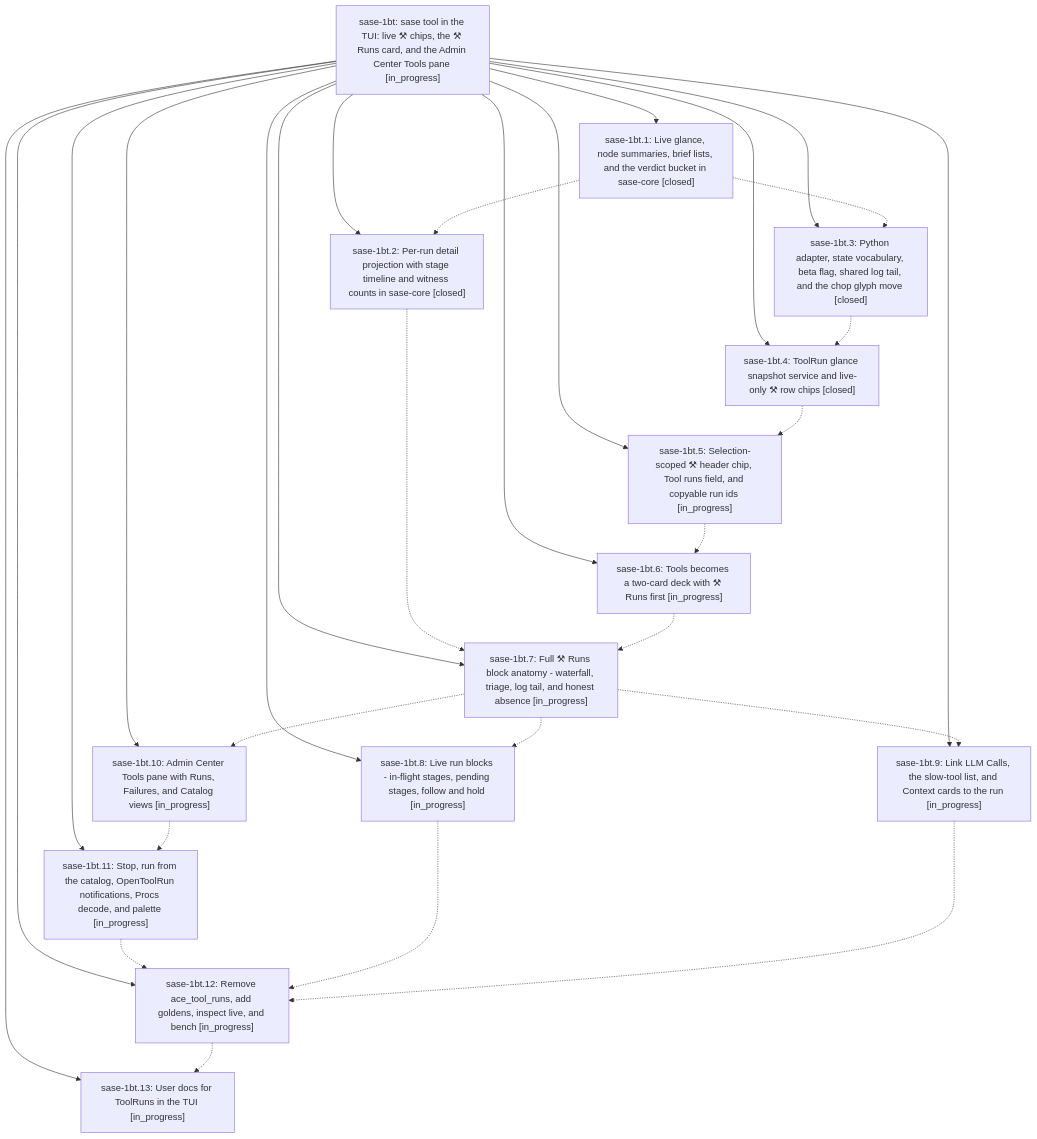
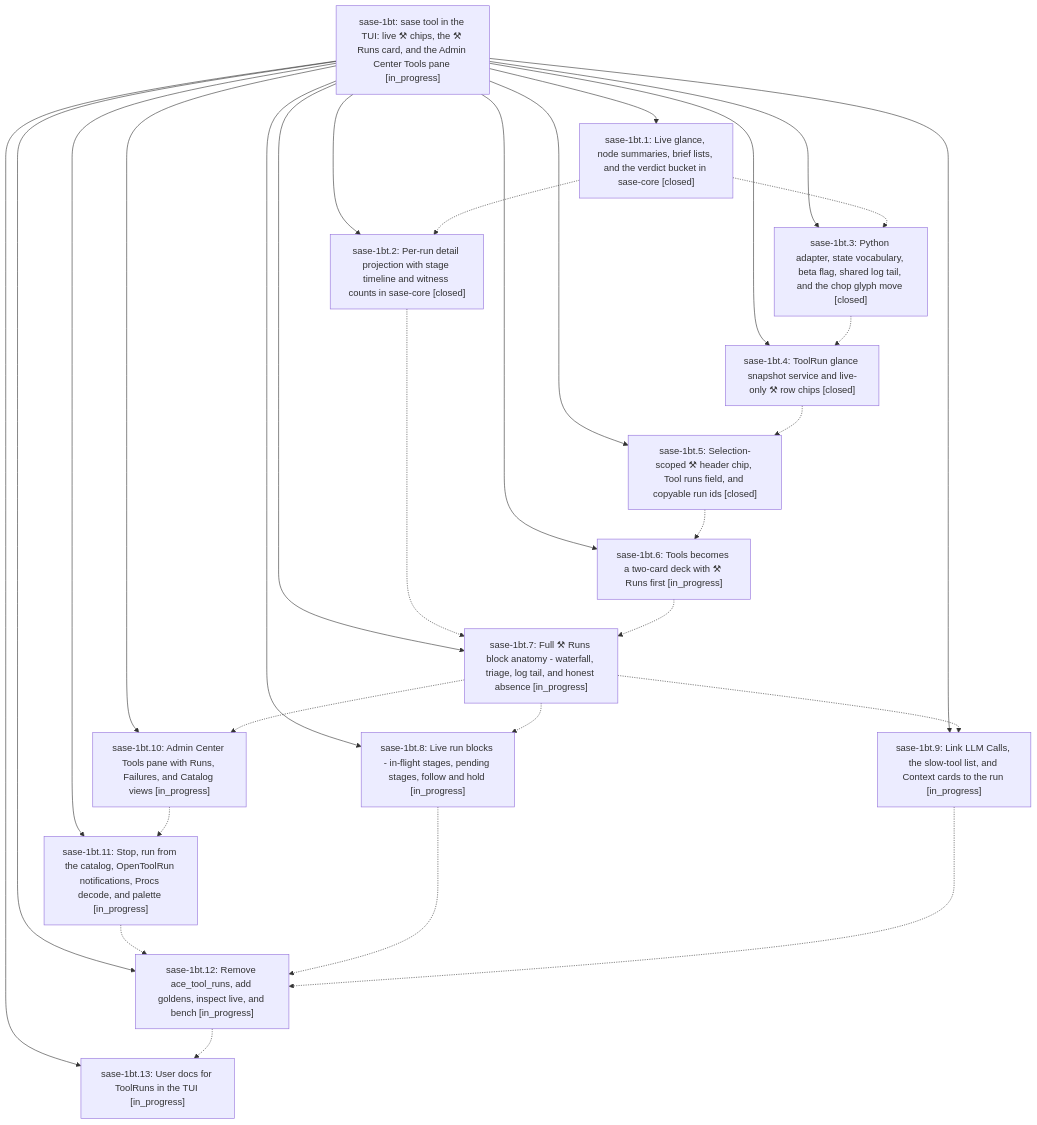
Before and after one commit to sase-org/sase--beads: the diagram in pages/sase-1bt/README.md, drawn with Mermaid. The commit also changed other lines of this file and 3 other files, not shown here.

````diff
--- a/pages/sase-1bt/README.md
+++ b/pages/sase-1bt/README.md
@@ -46,45 +48,45 @@
 ```mermaid
 flowchart TD
     n0["sase-1bt: sase tool in the TUI: live ⚒ chips, the ⚒ Runs card, and the Admin Center Tools pane [in_progress]"]
     n1["sase-1bt.1: Live glance, node summaries, brief lists, and the verdict bucket in sase-core [closed]"]
     n2["sase-1bt.10: Admin Center Tools pane with Runs, Failures, and Catalog views [in_progress]"]
     n3["sase-1bt.11: Stop, run from the catalog, OpenToolRun notifications, Procs decode, and palette [in_progress]"]
     n4["sase-1bt.12: Remove ace_tool_runs, add goldens, inspect live, and bench [in_progress]"]
     n5["sase-1bt.13: User docs for ToolRuns in the TUI [in_progress]"]
     n6["sase-1bt.2: Per-run detail projection with stage timeline and witness counts in sase-core [closed]"]
     n7["sase-1bt.3: Python adapter, state vocabulary, beta flag, shared log tail, and the chop glyph move [closed]"]
     n8["sase-1bt.4: ToolRun glance snapshot service and live-only ⚒ row chips [closed]"]
-    n9["sase-1bt.5: Selection-scoped ⚒ header chip, Tool runs field, and copyable run ids [in_progress]"]
+    n9["sase-1bt.5: Selection-scoped ⚒ header chip, Tool runs field, and copyable run ids [closed]"]
     n10["sase-1bt.6: Tools becomes a two-card deck with ⚒ Runs first [in_progress]"]
     n11["sase-1bt.7: Full ⚒ Runs block anatomy - waterfall, triage, log tail, and honest absence [in_progress]"]
     n12["sase-1bt.8: Live run blocks - in-flight stages, pending stages, follow and hold [in_progress]"]
     n13["sase-1bt.9: Link LLM Calls, the slow-tool list, and Context cards to the run [in_progress]"]
     n0 --> n1
     n0 --> n2
     n0 --> n3
     n0 --> n4
     n0 --> n5
     n0 --> n6
     n0 --> n7
     n0 --> n8
     n0 --> n9
     n0 --> n10
     n0 --> n11
     n0 --> n12
     n0 --> n13
     n1 -.-> n6
     n1 -.-> n7
     n2 -.-> n3
     n3 -.-> n4
     n4 -.-> n5
     n6 -.-> n11
     n7 -.-> n8
     n8 -.-> n9
     n9 -.-> n10
     n10 -.-> n11
     n11 -.-> n2
     n11 -.-> n12
     n11 -.-> n13
     n12 -.-> n4
     n13 -.-> n4
 ```
````
